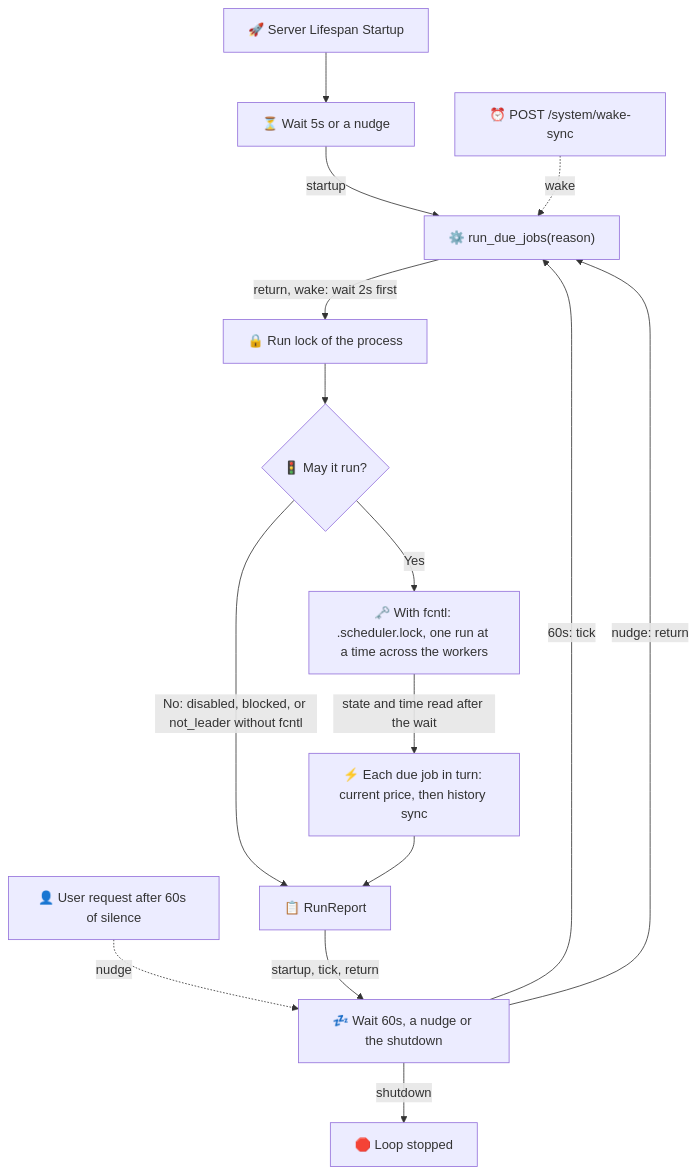
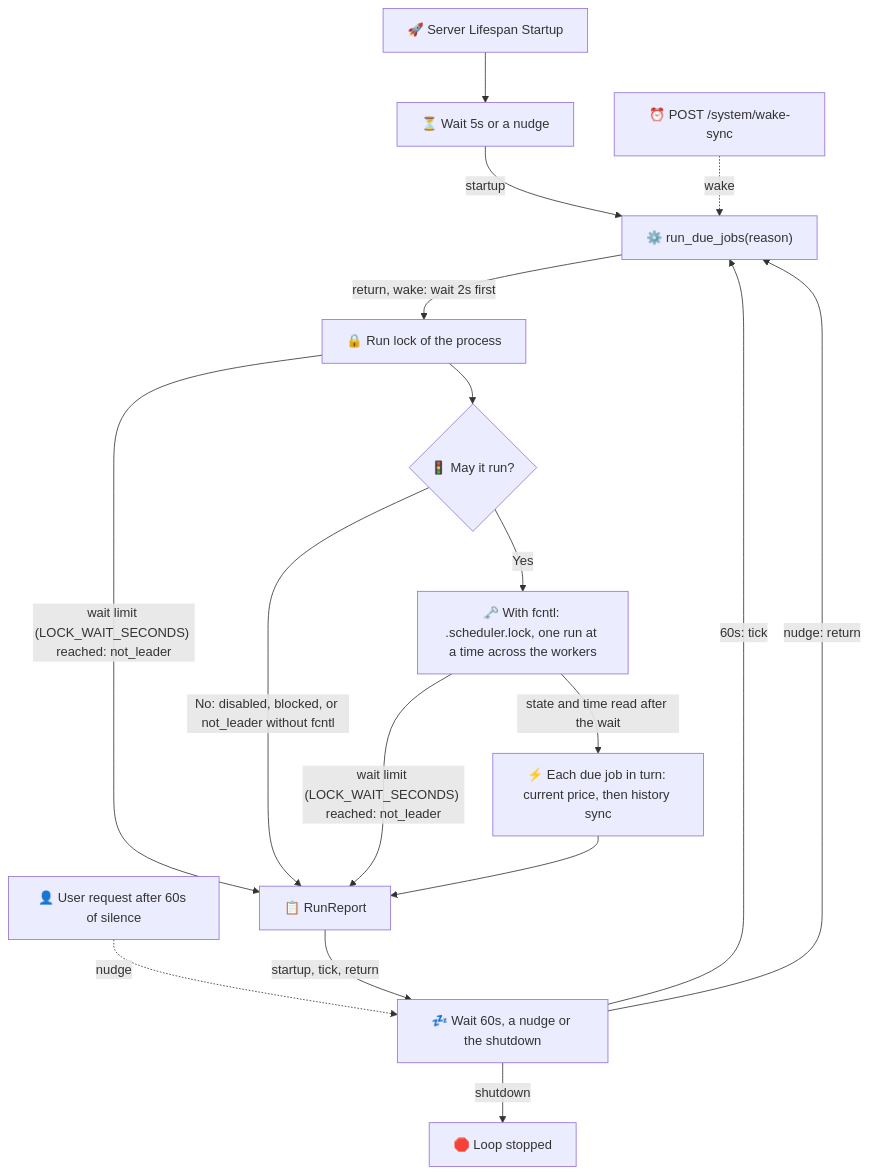
The first of 2 diagrams in mkdocs_src/docs/developer/backend/scheduler.md (Librefolio/LibreFolio), drawn with Mermaid before and after one commit. The commit also changed other lines of this file and 6 other files, not shown here.

````diff
--- a/mkdocs_src/docs/developer/backend/scheduler.md
+++ b/mkdocs_src/docs/developer/backend/scheduler.md
@@ -11,17 +11,19 @@
 ```mermaid
 graph TD
     Start["🚀 Server Lifespan Startup"] --> FirstWait["⏳ Wait 5s or a nudge"]
     FirstWait -->|startup| Run["⚙️ run_due_jobs(reason)"]
     User["👤 User request after 60s of silence"] -.->|nudge| Wait
     Wake["⏰ POST /system/wake-sync"] -.->|wake| Run
     Run -->|"return, wake: wait 2s first"| Lock["🔒 Run lock of the process"]
     Lock --> Checks{"🚦 May it run?"}
+    Lock -->|"wait limit (LOCK_WAIT_SECONDS) reached: not_leader"| Report
     Checks -->|"No: disabled, blocked, or not_leader without fcntl"| Report["📋 RunReport"]
     Checks -->|Yes| FileLock["🗝️ With fcntl: .scheduler.lock, one run at a time across the workers"]
     FileLock -->|"state and time read after the wait"| Jobs["⚡ Each due job in turn: current price, then history sync"]
+    FileLock -->|"wait limit (LOCK_WAIT_SECONDS) reached: not_leader"| Report
     Jobs --> Report
     Report -->|"startup, tick, return"| Wait["💤 Wait 60s, a nudge or the shutdown"]
     Wait -->|"60s: tick"| Run
     Wait -->|"nudge: return"| Run
     Wait -->|shutdown| Stop["🛑 Loop stopped"]
 ```
````
